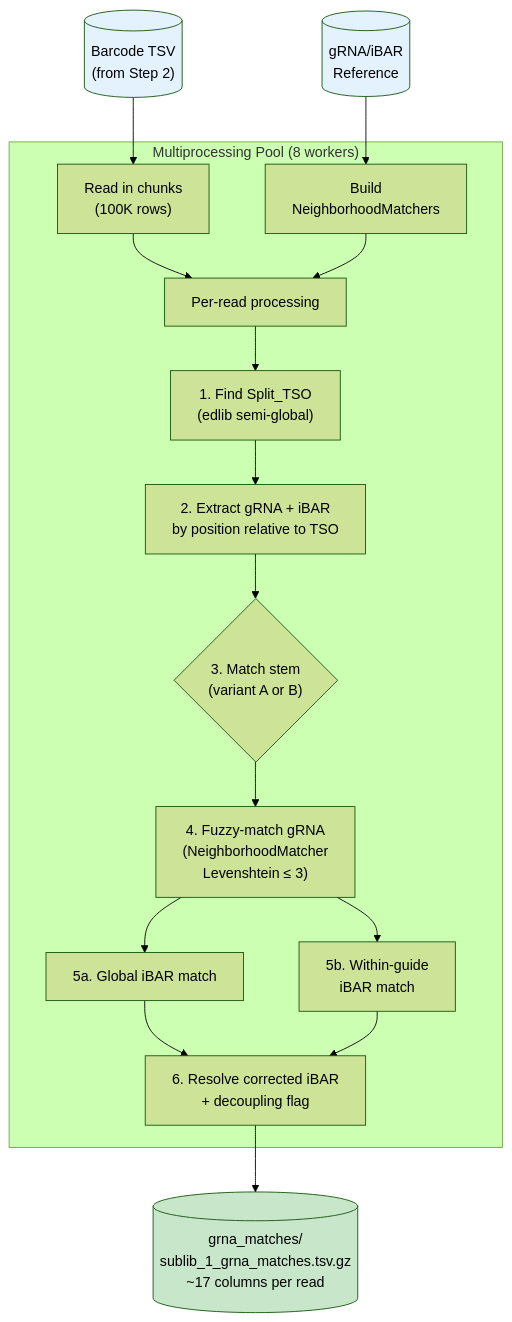
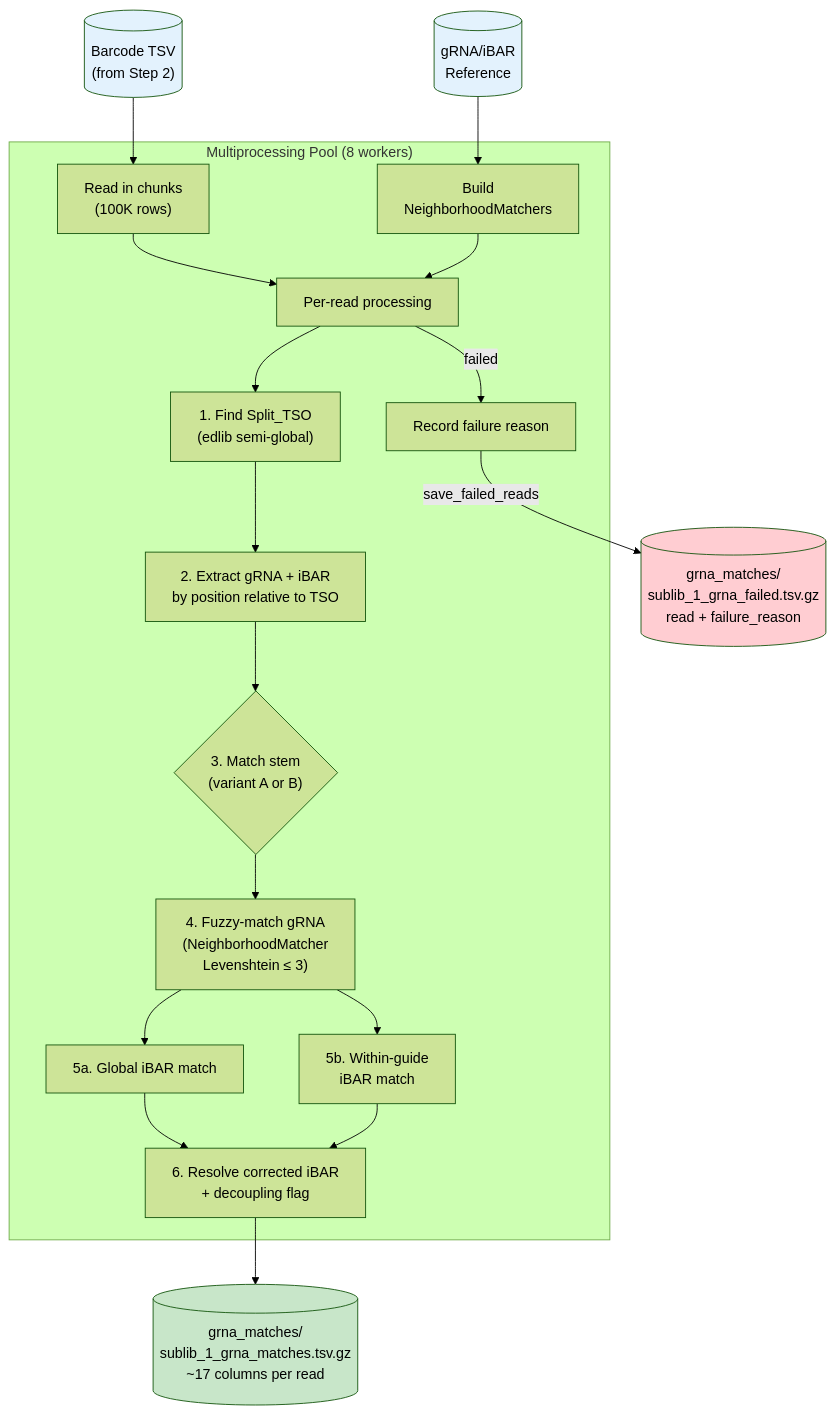
Before and after one commit to jhjiang2020/CSM_ccperturbseq: the sixth of 10 diagrams in pipeline_overview.md, drawn with Mermaid (forest theme). The commit also changed other lines of this file and 5 other files, not shown here.

````diff
--- a/pipeline_overview.md
+++ b/pipeline_overview.md
@@ -400,25 +400,28 @@
 ```mermaid
 flowchart TD
     BC[("Barcode TSV<br>(from Step 2)")] --> CHUNK["Read in chunks<br>(100K rows)"]
     REF[("gRNA/iBAR<br>Reference")] --> MATCHERS["Build<br>NeighborhoodMatchers"]
 
     subgraph WorkerPool["Multiprocessing Pool (8 workers)"]
         CHUNK --> ROWS["Per-read processing"]
         MATCHERS --> ROWS
 
         ROWS --> TSO["1. Find Split_TSO<br>(edlib semi-global)"]
         TSO --> EXTRACT["2. Extract gRNA + iBAR<br>by position relative to TSO"]
         EXTRACT --> STEM{"3. Match stem<br>(variant A or B)"}
         STEM --> GRNA["4. Fuzzy-match gRNA<br>(NeighborhoodMatcher<br>Levenshtein ≤ 3)"]
         GRNA --> IBAR_G["5a. Global iBAR match"]
         GRNA --> IBAR_W["5b. Within-guide<br>iBAR match"]
         IBAR_G --> RESOLVE["6. Resolve corrected iBAR<br>+ decoupling flag"]
         IBAR_W --> RESOLVE
+        ROWS -->|failed| FAIL["Record failure reason"]
     end
 
     RESOLVE --> OUT[("grna_matches/<br>sublib_1_grna_matches.tsv.gz<br>~17 columns per read")]
+    FAIL -->|save_failed_reads| FOUT[("grna_matches/<br>sublib_1_grna_failed.tsv.gz<br>read + failure_reason")]
 
     style BC fill:#e3f2fd
     style REF fill:#e3f2fd
     style OUT fill:#c8e6c9
+    style FOUT fill:#ffcdd2
 ```
````
